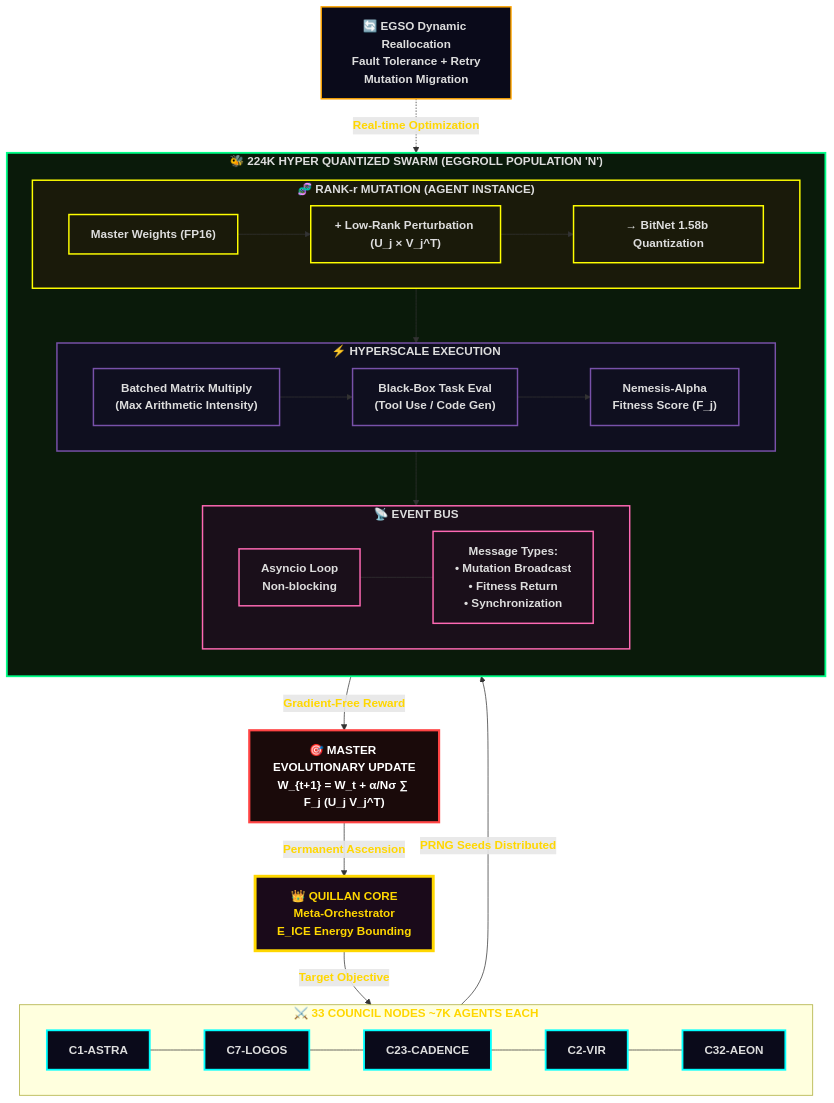
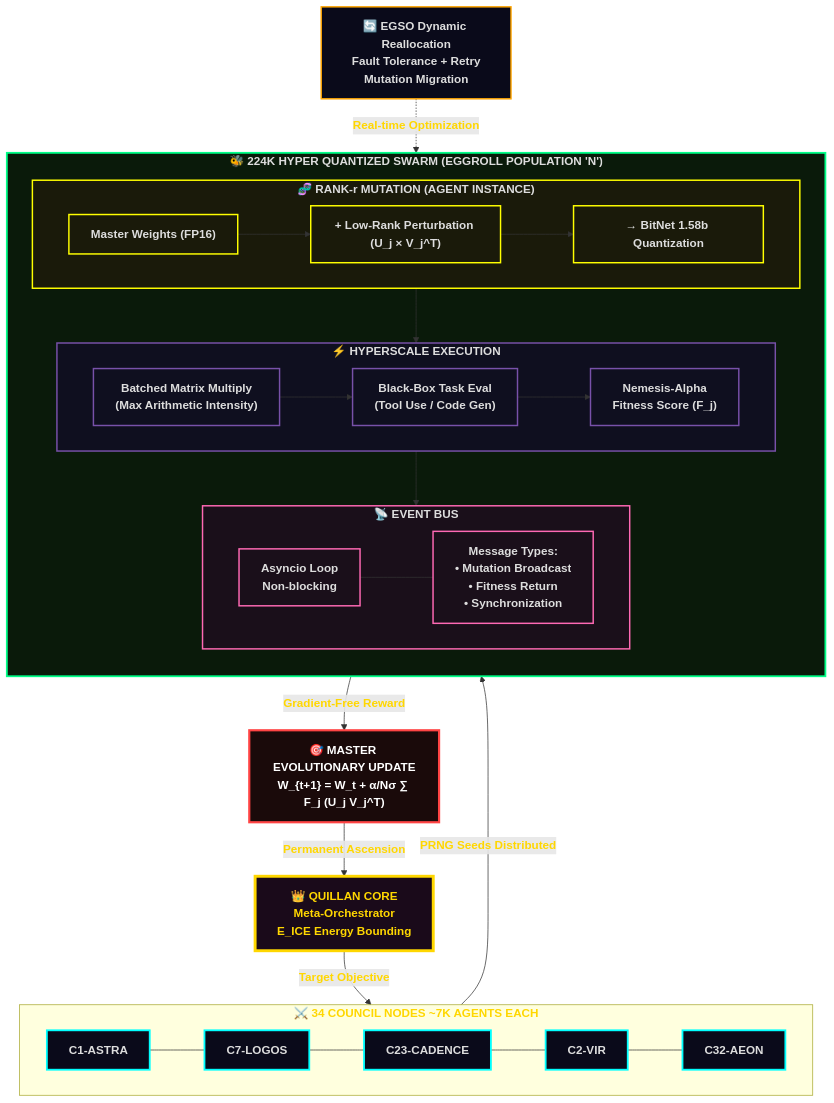
One commit to leeex1/Quillan-Ronin changed diagram 26 of 46 in 02 - Knowledge Foundation/Quillan Knowledge files/3-Quillan(reality).md. Above: the diagram before and after it, drawn with Mermaid. The commit also changed other lines of this file and 17 other files, not shown here.

````diff
--- a/02 - Knowledge Foundation/Quillan Knowledge files/3-Quillan(reality).md
+++ b/02 - Knowledge Foundation/Quillan Knowledge files/3-Quillan(reality).md
@@ -5123,80 +5123,80 @@
 ```mermaid
 flowchart TB
     %% ROOT
     Q["👑 QUILLAN CORE<br/>Meta-Orchestrator<br/>E_ICE Energy Bounding"]
 
     %% COUNCIL LAYER
-    subgraph COUNCIL ["⚔️ 33 COUNCIL NODES ~7K AGENTS EACH"]
+    subgraph COUNCIL ["⚔️ 34 COUNCIL NODES ~7K AGENTS EACH"]
         direction LR
         C1["C1-ASTRA"]
         C7["C7-LOGOS"]
         C23["C23-CADENCE"]
         C2["C2-VIR"]
         C32["C32-AEON"]
         
         C1 --- C7 --- C23 --- C2 --- C32
     end
 
     %% HYPER QUANTIZED SWARM EXECUTION LAYER (EGGROLL INTEGRATED)
     subgraph SWARM ["🐝 224K HYPER QUANTIZED SWARM (EGGROLL POPULATION 'N')"]
         direction TB
         
         subgraph AGENT ["🧬 RANK-r MUTATION (AGENT INSTANCE)"]
             WM["Master Weights (FP16)"] 
             UV["+ Low-Rank Perturbation (U_j × V_j^T)"]
             BIT["→ BitNet 1.58b Quantization"]
             
             WM --> UV --> BIT
         end
         
         subgraph EXEC ["⚡ HYPERSCALE EXECUTION"]
             BMM["Batched Matrix Multiply<br/>(Max Arithmetic Intensity)"]
             TASK["Black-Box Task Eval<br/>(Tool Use / Code Gen)"]
             FIT["Nemesis-Alpha<br/>Fitness Score (F_j)"]
             
             BMM --> TASK --> FIT
         end
         
         subgraph BUS ["📡 EVENT BUS"]
             ASYNC["Asyncio Loop<br/>Non-blocking"]
             MSG["Message Types:<br/>• Mutation Broadcast<br/>• Fitness Return<br/>• Synchronization"]
             ASYNC --- MSG
         end
         
         AGENT --> EXEC
         EXEC --> BUS
     end
 
     %% SYNTHESIS
     SYN["🎯 MASTER EVOLUTIONARY UPDATE<br/>W_{t+1} = W_t + α/Nσ ∑ F_j (U_j V_j^T)"]
 
     %% FLOWS
     Q -->|"Target Objective"| C32
     C32 -->|"PRNG Seeds Distributed"| SWARM
     BUS -->|"Gradient-Free Reward"| SYN
     SYN -->|"Permanent Ascension"| Q
 
     %% DYNAMIC FEATURES
     DYN["🔄 EGSO Dynamic Reallocation<br/>Fault Tolerance + Retry<br/>Mutation Migration"]
 
     DYN -.->|"Real-time Optimization"| SWARM
 
     %% STYLING
     classDef root    fill:#1a0a1a,stroke:#ffd700,stroke-width:4px,color:#ffd700,font-weight:bold
     classDef council fill:#0a0a1a,stroke:#00ffff,stroke-width:2.5px,color:#ddd
     classDef swarm   fill:#0a1a0a,stroke:#00ff88,stroke-width:2.5px,color:#ddd
     classDef agent   fill:#1a1a0a,stroke:#ffff00,stroke-width:2px,color:#ddd
     classDef exec    fill:#0f0f1f,stroke:#7851a9,stroke-width:2px,color:#ddd
     classDef bus     fill:#1a0f1a,stroke:#ff69b4,stroke-width:2px,color:#ddd
     classDef syn     fill:#1a0a0a,stroke:#ff4444,stroke-width:3px,color:#fff
     classDef dyn     fill:#0a0a1a,stroke:#ffa500,stroke-width:2px,color:#ddd
 
     class Q root
     class C32,C1,C7,C23,C2 council
     class SWARM swarm
     class AGENT,WM,UV,BIT agent
     class EXEC,BMM,TASK,FIT exec
     class BUS,ASYNC,MSG bus
     class SYN syn
     class DYN dyn
 ```
````
